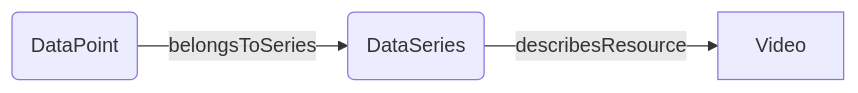
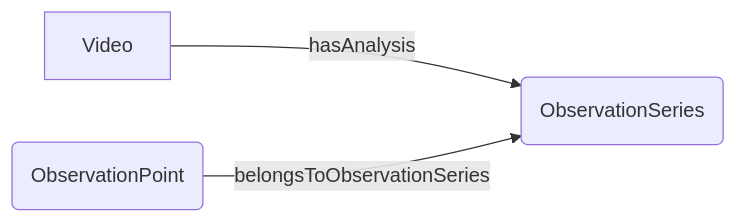
The third of 3 diagrams in docs/mkdocs/ontology.md (sdsc-ordes/mava-api), drawn with Mermaid before and after one commit. The commit also changed other lines of this file and 27 other files, not shown here.

````diff
--- a/docs/mkdocs/ontology.md
+++ b/docs/mkdocs/ontology.md
@@ -90,6 +89,5 @@
 ```mermaid
 graph LR
-    E[Video]
-    F(DataSeries) -->|describesResource| E
-    G(DataPoint) -->|belongsToSeries| F
+    A[Video] -->|hasAnalysis| B(ObservationSeries)
+    C(ObservationPoint) -->|belongsToObservationSeries| B
 ```
````
